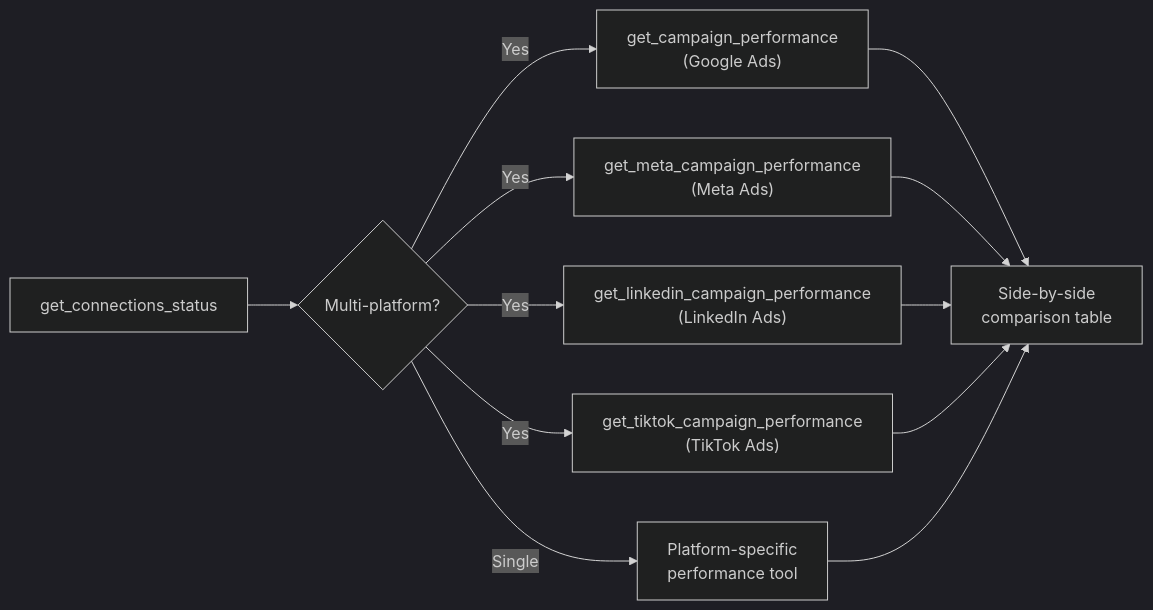
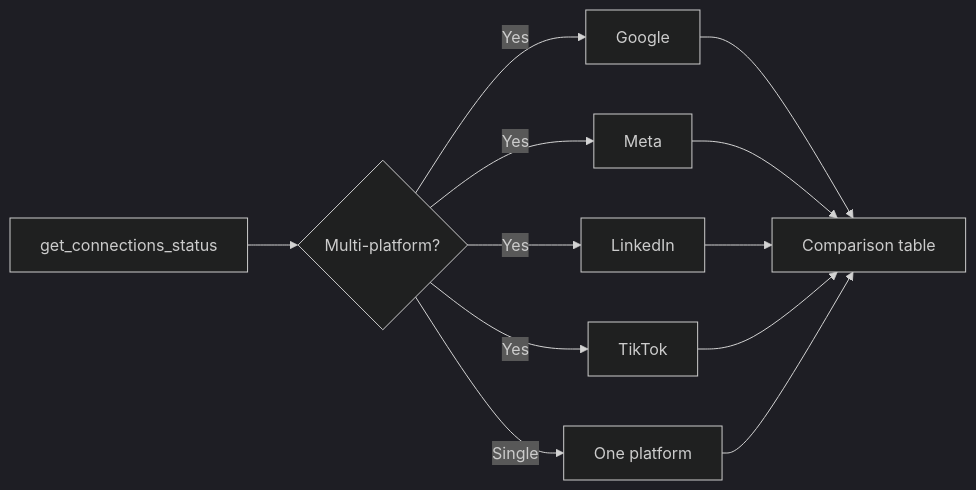
One commit to Adspirer/docs changed the first of 8 diagrams in agent-skills/workflows.mdx. Above: the diagram before and after it, drawn with Mermaid (dark theme). The commit also changed other lines of this file and 1 other file, not shown here.

First line of the commit message:
Fix Mermaid diagrams and restore plain-text tool sequences for LLM readability

````diff
--- a/agent-skills/workflows.mdx
+++ b/agent-skills/workflows.mdx
@@ -14,14 +24,14 @@
 ```mermaid
 flowchart LR
     A["get_connections_status"] --> B{"Multi-platform?"}
-    B -->|Yes| C["get_campaign_performance\n(Google Ads)"]
-    B -->|Yes| D["get_meta_campaign_performance\n(Meta Ads)"]
-    B -->|Yes| E["get_linkedin_campaign_performance\n(LinkedIn Ads)"]
-    B -->|Yes| F["get_tiktok_campaign_performance\n(TikTok Ads)"]
-    B -->|Single| G["Platform-specific\nperformance tool"]
-    C --> H["Side-by-side\ncomparison table"]
+    B -->|Yes| C["Google"]
+    B -->|Yes| D["Meta"]
+    B -->|Yes| E["LinkedIn"]
+    B -->|Yes| F["TikTok"]
+    B -->|Single| G["One platform"]
+    C --> H["Comparison table"]
     D --> H
     E --> H
     F --> H
     G --> H
 ```
````
